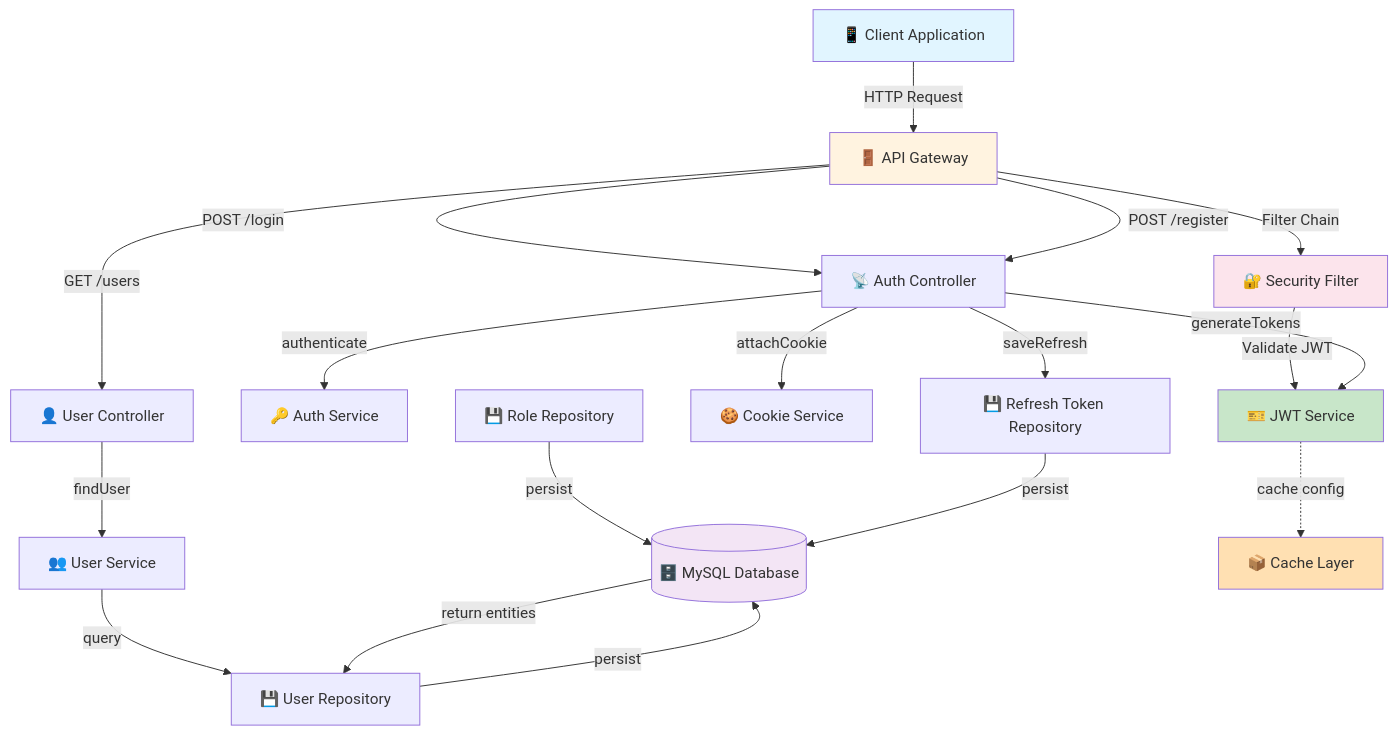
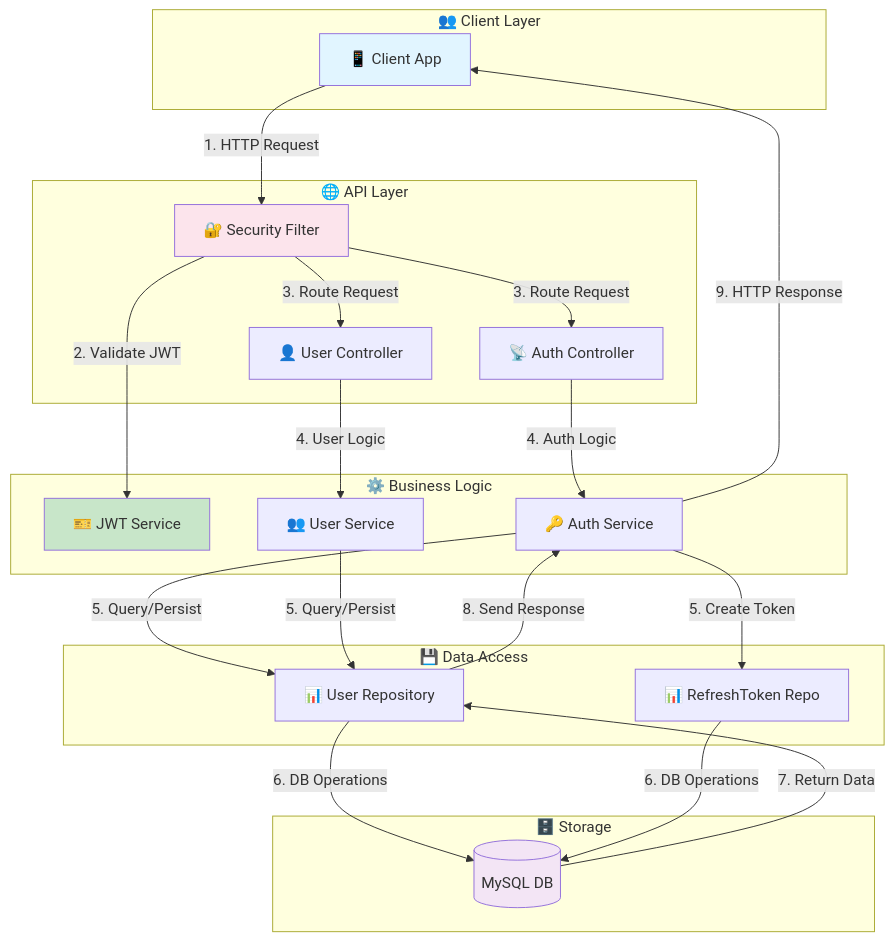
The first of 11 diagrams in README.md (daoductam/reusable-auth-backend), drawn with Mermaid before and after one commit. The commit also changed other lines of this file, not shown here.

Commit message:
feat: create base demo 1

````diff
--- a/README.md
+++ b/README.md
@@ -92,48 +92,52 @@
 ```mermaid
 graph TB
-    Client["📱 Client Application"]
-    Gateway["🚪 API Gateway"]
-    SecFilter["🔐 Security Filter"]
-    AuthCtrl["📡 Auth Controller"]
-    UserCtrl["👤 User Controller"]
-    AuthSvc["🔑 Auth Service"]
-    UserSvc["👥 User Service"]
-    JwtSvc["🎫 JWT Service"]
-    CookieSvc["🍪 Cookie Service"]
-    UserRepo["💾 User Repository"]
-    RoleRepo["💾 Role Repository"]
-    RefreshRepo["💾 Refresh Token Repository"]
-    DB[(🗄️ MySQL Database)]
-    Cache["📦 Cache Layer"]
+    subgraph Client_Layer["👥 Client Layer"]
+        Client["📱 Client App"]
+    end
     
-    Client -->|HTTP Request| Gateway
-    Gateway -->|Filter Chain| SecFilter
-    SecFilter -->|Validate JWT| JwtSvc
+    subgraph API_Layer["🌐 API Layer"]
+        SecurityFilter["🔐 Security Filter"]
+        AuthController["📡 Auth Controller"]
+        UserController["👤 User Controller"]
+    end
     
-    Gateway -->|POST /login| AuthCtrl
-    Gateway -->|POST /register| AuthCtrl
-    Gateway -->|GET /users| UserCtrl
+    subgraph Business_Layer["⚙️ Business Logic"]
+        JwtService["🎫 JWT Service"]
+        AuthService["🔑 Auth Service"]
+        UserService["👥 User Service"]
+    end
     
-    AuthCtrl -->|authenticate| AuthSvc
-    AuthCtrl -->|generateTokens| JwtSvc
-    AuthCtrl -->|saveRefresh| RefreshRepo
-    AuthCtrl -->|attachCookie| CookieSvc
+    subgraph Data_Layer["💾 Data Access"]
+        UserRepository["📊 User Repository"]
+        RefreshTokenRepository["📊 RefreshToken Repo"]
+    end
     
-    UserCtrl -->|findUser| UserSvc
-    UserSvc -->|query| UserRepo
+    subgraph Database_Layer["🗄️ Storage"]
+        Database[(MySQL DB)]
+    end
     
-    UserRepo -->|persist| DB
-    RoleRepo -->|persist| DB
-    RefreshRepo -->|persist| DB
+    Client -->|1. HTTP Request| SecurityFilter
+    SecurityFilter -->|2. Validate JWT| JwtService
     
-    JwtSvc -.->|cache config| Cache
+    SecurityFilter -->|3. Route Request| AuthController
+    SecurityFilter -->|3. Route Request| UserController
     
-    DB -->|return entities| UserRepo
+    AuthController -->|4. Auth Logic| AuthService
+    UserController -->|4. User Logic| UserService
+    
+    AuthService -->|5. Query/Persist| UserRepository
+    UserService -->|5. Query/Persist| UserRepository
+    AuthService -->|5. Create Token| RefreshTokenRepository
+    
+    UserRepository -->|6. DB Operations| Database
+    RefreshTokenRepository -->|6. DB Operations| Database
+    
+    Database -->|7. Return Data| UserRepository
+    UserRepository -->|8. Send Response| AuthService
+    AuthService -->|9. HTTP Response| Client
     
     style Client fill:#e1f5ff
-    style Gateway fill:#fff3e0
-    style SecFilter fill:#fce4ec
-    style DB fill:#f3e5f5
-    style JwtSvc fill:#c8e6c9
-    style Cache fill:#ffe0b2
+    style SecurityFilter fill:#fce4ec
+    style Database fill:#f3e5f5
+    style JwtService fill:#c8e6c9
 ```
````
